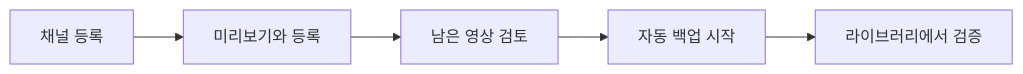
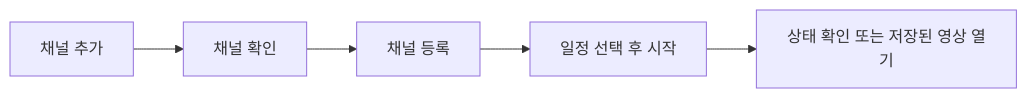
Before and after one commit to hyeonsangjeon/channel-vault-nas: the diagram in docs/usage/index.ko.md, drawn with Mermaid. The commit also changed other lines of this file and 104 other files, not shown here.

````diff
--- a/docs/usage/index.ko.md
+++ b/docs/usage/index.ko.md
@@ -6,7 +6,7 @@
 ```mermaid
 flowchart LR
-  A[채널 등록] --> B[미리보기와 등록]
-  B --> C[남은 영상 검토]
-  C --> D[자동 백업 시작]
-  D --> E[라이브러리에서 검증]
+  A[채널 추가] --> B[채널 확인]
+  B --> C[채널 등록]
+  C --> D[일정 선택 후 시작]
+  D --> E[상태 확인 또는 저장된 영상 열기]
 ```
````
